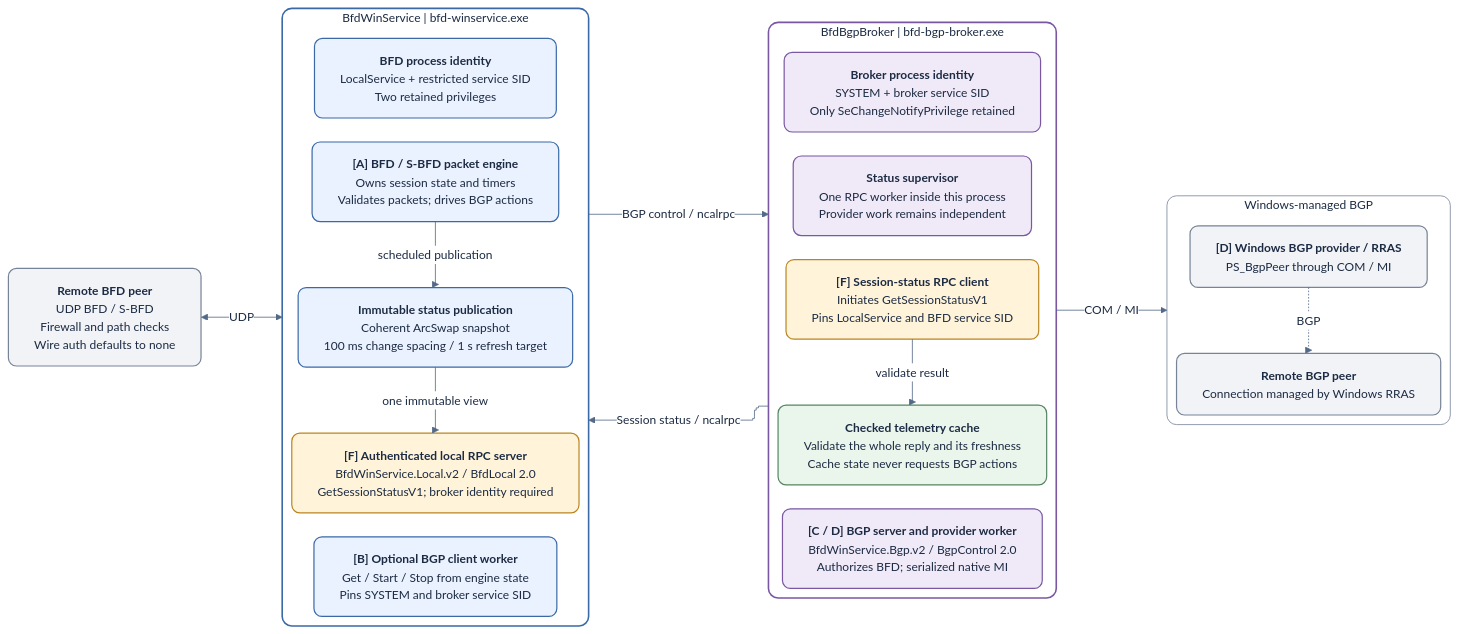
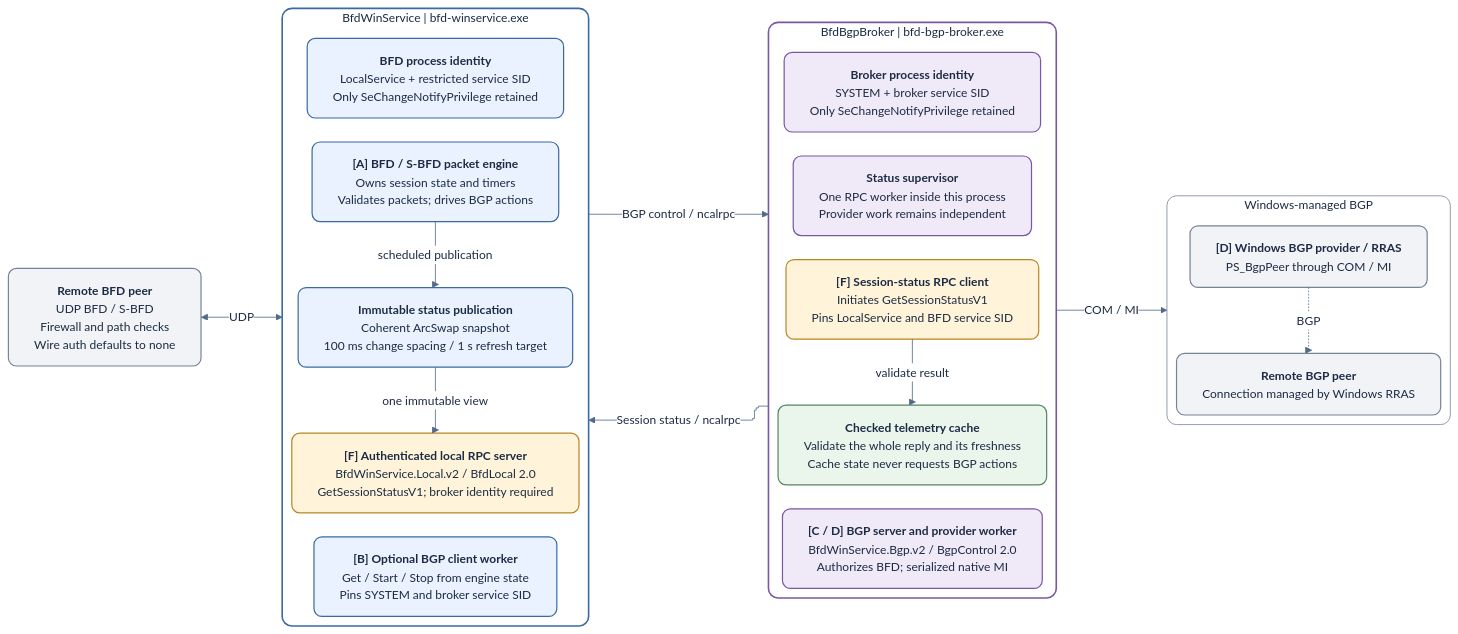
The first of 2 diagrams in docs/service-communication.md (miketheitguy/bfd-winservice), drawn with Mermaid before and after one commit. The commit also changed 15 other files, not shown here.

First line of the commit message:
Harden service privilege policies and release v3.0.2

````diff
--- a/docs/service-communication.md
+++ b/docs/service-communication.md
@@ -64,77 +64,77 @@
 ```mermaid
 ---
 config:
   layout: elk
   look: classic
   theme: base
   fontFamily: Segoe UI, Arial, sans-serif
   themeVariables:
     fontSize: 15px
     primaryTextColor: '#1C2B43'
     lineColor: '#526987'
     clusterBkg: '#FFFFFF'
     edgeLabelBackground: '#FFFFFF'
   flowchart:
     wrappingWidth: 330
     padding: 16
     nodeSpacing: 26
     rankSpacing: 50
     curve: stepBefore
 ---
 flowchart LR
     accTitle: Runtime boundaries: BfdWinService.Local.v2 and BfdLocal 2.0
-    accDescr: The broker initiates authenticated local session-status RPC to BFD. BFD initiates a separate BGP control RPC to the broker. The packet engine drives BGP actions; the telemetry cache is observational. The broker retains only SeChangeNotifyPrivilege.
+    accDescr: The broker initiates authenticated local session-status RPC to BFD. BFD initiates a separate BGP control RPC to the broker. The packet engine drives BGP actions; the telemetry cache is observational. Both services retain only SeChangeNotifyPrivilege.
     %% Mirrors service-communication.drawio, page 1.
 
     subgraph rt_bfd["BfdWinService | bfd-winservice.exe"]
         direction TB
-        rt_bfd_token["<b>BFD process identity</b><br/>LocalService + restricted service SID<br/>Two retained privileges"]:::bfd
+        rt_bfd_token["<b>BFD process identity</b><br/>LocalService + restricted service SID<br/>Only SeChangeNotifyPrivilege retained"]:::bfd
         rt_engine["<b>[A] BFD / S-BFD packet engine</b><br/>Owns session state and timers<br/>Validates packets; drives BGP actions"]:::bfd
         rt_publisher["<b>Immutable status publication</b><br/>Coherent ArcSwap snapshot<br/>100 ms change spacing / 1 s refresh target"]:::bfd
         rt_rpc["<b>[F] Authenticated local RPC server</b><br/>BfdWinService.Local.v2 / BfdLocal 2.0<br/>GetSessionStatusV1; broker identity required"]:::gate
         rt_bgp_client["<b>[B] Optional BGP client worker</b><br/>Get / Start / Stop from engine state<br/>Pins SYSTEM and broker service SID"]:::bfd
     end
 
     subgraph rt_broker["BfdBgpBroker | bfd-bgp-broker.exe"]
         direction TB
         rt_broker_token["<b>Broker process identity</b><br/>SYSTEM + broker service SID<br/>Only SeChangeNotifyPrivilege retained"]:::broker
         rt_monitor["<b>Status supervisor</b><br/>One RPC worker inside this process<br/>Provider work remains independent"]:::broker
         rt_cache["<b>Checked telemetry cache</b><br/>Validate the whole reply and its freshness<br/>Cache state never requests BGP actions"]:::cache
         rt_client["<b>[F] Session-status RPC client</b><br/>Initiates GetSessionStatusV1<br/>Pins LocalService and BFD service SID"]:::gate
         rt_control["<b>[C / D] BGP server and provider worker</b><br/>BfdWinService.Bgp.v2 / BgpControl 2.0<br/>Authorizes BFD; serialized native MI"]:::broker
     end
 
     rt_remote["<b>Remote BFD peer</b><br/>UDP BFD / S-BFD<br/>Firewall and path checks<br/>Wire auth defaults to none"]:::external
     subgraph rt_external["Windows-managed BGP"]
         direction TB
         rt_provider["<b>[D] Windows BGP provider / RRAS</b><br/>PS_BgpPeer through COM / MI"]:::external
         rt_bgp_peer["<b>Remote BGP peer</b><br/>Connection managed by Windows RRAS"]:::external
     end
 
     rt_remote <-->|"UDP"| rt_bfd
     rt_engine -->|"scheduled publication"| rt_publisher
     rt_publisher -->|"one immutable view"| rt_rpc
     rt_broker -->|"Session status / ncalrpc"| rt_bfd
     rt_client -->|"validate result"| rt_cache
     rt_bfd -->|"BGP control / ncalrpc"| rt_broker
     rt_broker -->|"COM / MI"| rt_external
     rt_provider -.->|"BGP"| rt_bgp_peer
 
     %% Invisible links align independent sections; they do not represent calls.
     rt_bfd_token ~~~ rt_engine
     rt_rpc ~~~ rt_bgp_client
     rt_broker_token ~~~ rt_monitor
     rt_monitor ~~~ rt_client
     rt_cache ~~~ rt_control
 
     classDef bfd fill:#EAF2FF,stroke:#3A69A6,color:#1C2B43,stroke-width:1.5px,rx:10,ry:10
     classDef broker fill:#F0EAF8,stroke:#7957A2,color:#1C2B43,stroke-width:1.5px,rx:10,ry:10
     classDef gate fill:#FFF4D9,stroke:#B98521,color:#1C2B43,stroke-width:1.5px,rx:10,ry:10
     classDef cache fill:#EAF5EC,stroke:#558563,color:#1C2B43,stroke-width:1.5px,rx:10,ry:10
     classDef external fill:#F1F3F6,stroke:#778397,color:#1C2B43,stroke-width:1.5px,rx:10,ry:10
     classDef note fill:#FFFFFF,stroke:#B8C2D0,color:#1C2B43,stroke-width:1.5px,rx:10,ry:10
     style rt_bfd fill:#FFFFFF,stroke:#3A69A6,color:#1C2B43,stroke-width:2px,rx:12,ry:12
     style rt_broker fill:#FFFFFF,stroke:#7957A2,color:#1C2B43,stroke-width:2px,rx:12,ry:12
 
     style rt_external fill:#FFFFFF,stroke:#778397,color:#1C2B43,rx:12,ry:12
 ```
````
